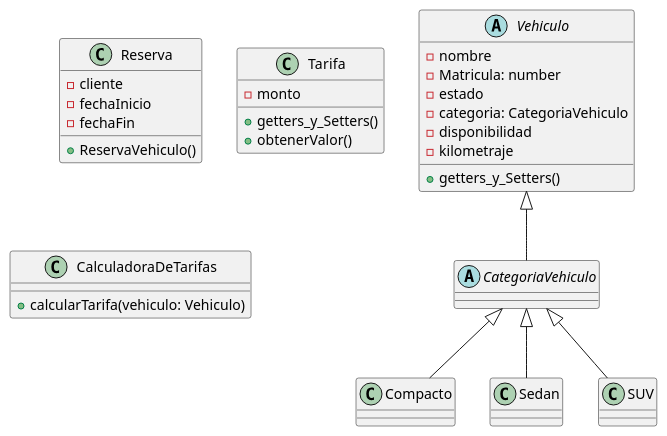
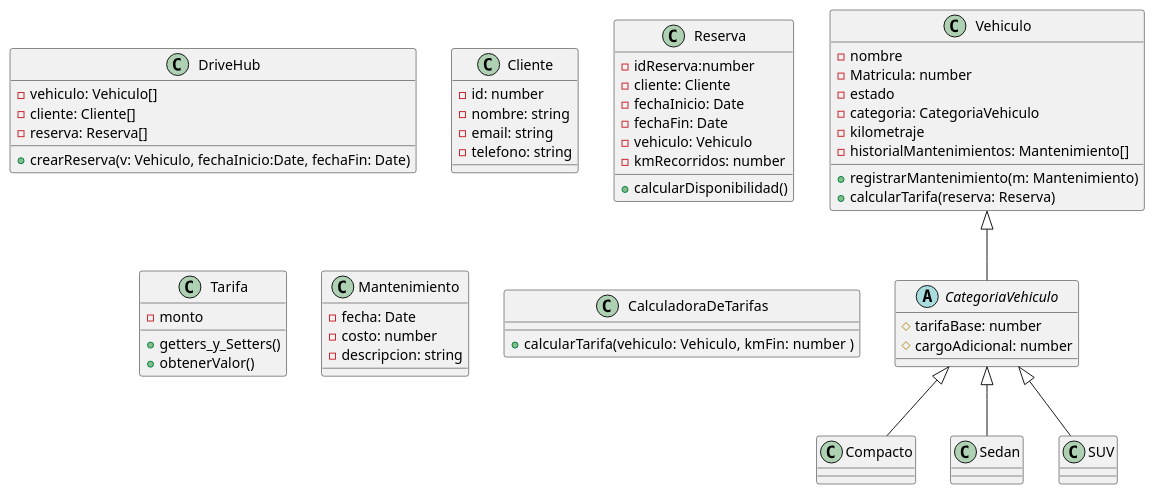
One commit to diegolacosta02/TP-Programacion-II changed the diagram in diagramas/diagrama.puml. Above: the diagram before and after it, drawn with PlantUML.

Commit message:
Se crea el branch de develop y se termina el diagrama de clases inicial

```diff
--- a/diagramas/diagrama.puml
+++ b/diagramas/diagrama.puml
@@ -1,37 +1,67 @@
 @startuml Trabajo Practico Alquiler de Autos
 
-    abstract class Vehiculo{
+    class DriveHub{
+        - vehiculo: Vehiculo[]
+        - cliente: Cliente[]
+        - reserva: Reserva[]
+        + crearReserva(v: Vehiculo, fechaInicio:Date, fechaFin: Date)
+    }
+
+    class Vehiculo{
         - nombre
         - Matricula: number
         - estado
         - categoria: CategoriaVehiculo
-        - disponibilidad
         - kilometraje
+        - historialMantenimientos: Mantenimiento[]
 
-        + getters_y_Setters()
+        + registrarMantenimiento(m: Mantenimiento)
+        + calcularTarifa(reserva: Reserva)
     }
 
     abstract class CategoriaVehiculo extends Vehiculo{
+        # tarifaBase: number
+        # cargoAdicional: number
     }
-
+    'Se utiliza la categoriaVehiculo para permitir la insercion de mas clases en el futuro
+    'Logrando que al utilizar el metodo de calculadora, no tener que reescribir la calculadora
+    'Para cada categoria que se añada, solo le importará la tarifa base y el cargo adicional'
     class Compacto extends CategoriaVehiculo{}
     class Sedan extends CategoriaVehiculo{}
     class SUV extends CategoriaVehiculo{}
 
+    class Cliente{
+        - id: number
+        - nombre: string
+        - email: string
+        - telefono: string
+    }
+
     class Reserva{
-        - cliente
-        - fechaInicio
-        - fechaFin
-        + ReservaVehiculo()
+        - idReserva:number
+        - cliente: Cliente
+        - fechaInicio: Date
+        - fechaFin: Date
+        - vehiculo: Vehiculo
+        - kmRecorridos: number
+        
+        + calcularDisponibilidad()
     }
 
     class Tarifa{
         - monto
         + getters_y_Setters()
         + obtenerValor()
     }
-    class CalculadoraDeTarifas{
-            + calcularTarifa(vehiculo: Vehiculo)
+
+    class Mantenimiento{
+        - fecha: Date
+        - costo: number
+        - descripcion: string
+    }
+    
+    class CalculadoraDeTarifas{   
+        + calcularTarifa(vehiculo: Vehiculo, kmFin: number  )
     }
 
 @enduml
```
